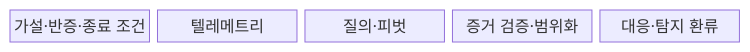
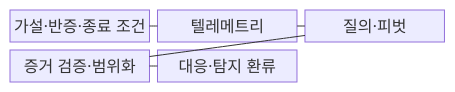
The first of 2 diagrams in src/content/docs/notes/05-security/030_threat_hunting.md (agnusdei1207/knowledge-base), drawn with Mermaid before and after one commit. The commit also changed other lines of this file and 151 other files, not shown here.

````diff
--- a/src/content/docs/notes/05-security/030_threat_hunting.md
+++ b/src/content/docs/notes/05-security/030_threat_hunting.md
@@ -59,9 +59,13 @@
 ```mermaid
 block-beta
-    columns 5
+    columns 3
     A["가설·반증·종료 조건"]
     B["텔레메트리"]
     C["질의·피벗"]
     D["증거 검증·범위화"]
     E["대응·탐지 환류"]
+    A --- B
+    B --- C
+    C --- D
+    D --- E
 ```
````
